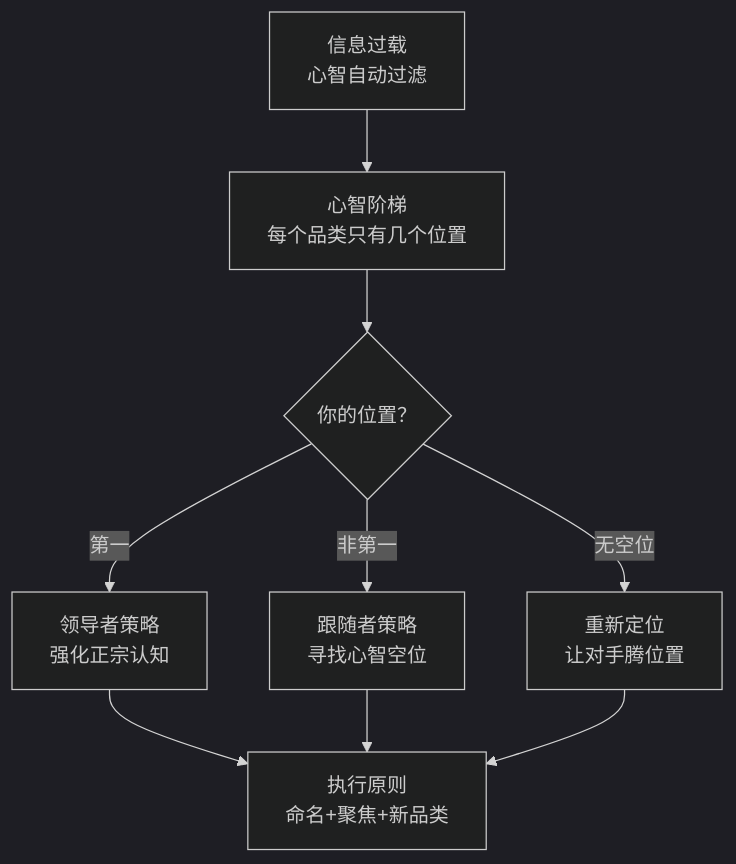
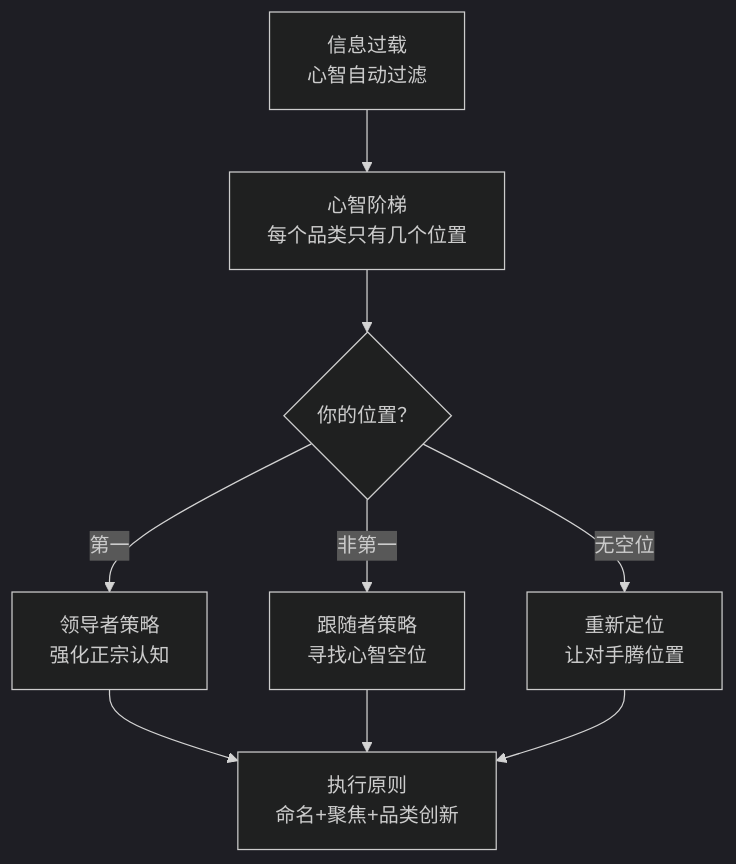
The diagram in 知识库/商业类/《定位》 - 艾·里斯.md (xdawayer/obsidian), drawn with Mermaid (dark theme) before and after one commit. The commit also changed other lines of this file and 28 other files, not shown here.

````diff
--- a/知识库/商业类/《定位》 - 艾·里斯.md
+++ b/知识库/商业类/《定位》 - 艾·里斯.md
@@ -30,11 +32,11 @@
 ```mermaid
 graph TD
     A["信息过载<br>心智自动过滤"] --> B["心智阶梯<br>每个品类只有几个位置"]
     B --> C{"你的位置？"}
     C -->|第一| D["领导者策略<br>强化正宗认知"]
     C -->|非第一| E["跟随者策略<br>寻找心智空位"]
     C -->|无空位| F["重新定位<br>让对手腾位置"]
-    D --> G["执行原则<br>命名+聚焦+新品类"]
+    D --> G["执行原则<br>命名+聚焦+品类创新"]
     E --> G
     F --> G
 ```
````
